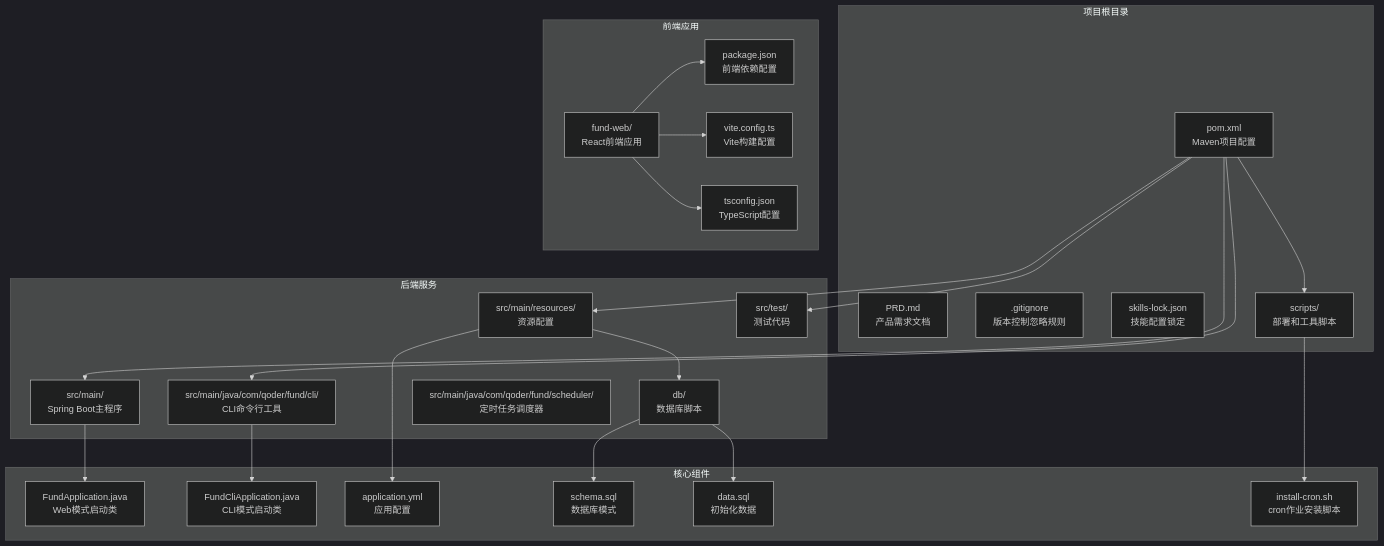
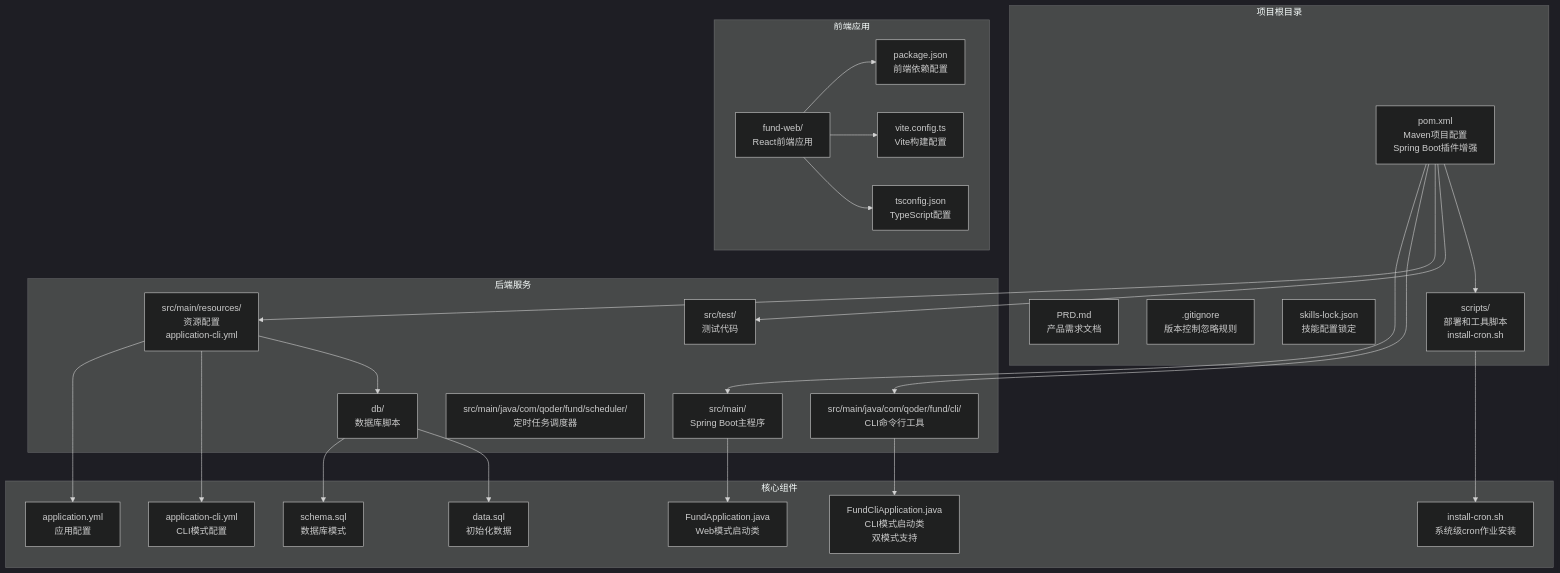
Before and after one commit to gree-coder/fund-butler: the first of 8 diagrams in .qoder/repowiki/zh/content/部署指南.md, drawn with Mermaid (dark theme). The commit also changed other lines of this file and 51 other files, not shown here.

````diff
--- a/.qoder/repowiki/zh/content/部署指南.md
+++ b/.qoder/repowiki/zh/content/部署指南.md
@@ -63,47 +64,49 @@
 ```mermaid
 graph TB
 subgraph "项目根目录"
-Root[pom.xml<br/>Maven项目配置]
+Root[pom.xml<br/>Maven项目配置<br/>Spring Boot插件增强]
 PRD[PRD.md<br/>产品需求文档]
 Git[.gitignore<br/>版本控制忽略规则]
 SkillsLock[skills-lock.json<br/>技能配置锁定]
-Scripts[scripts/<br/>部署和工具脚本]
+Scripts[scripts/<br/>部署和工具脚本<br/>install-cron.sh]
 end
 subgraph "后端服务"
 Main[src/main/<br/>Spring Boot主程序]
 CLI[src/main/java/com/qoder/fund/cli/<br/>CLI命令行工具]
-Resources[src/main/resources/<br/>资源配置]
+Resources[src/main/resources/<br/>资源配置<br/>application-cli.yml]
 DB[db/<br/>数据库脚本]
 Test[src/test/<br/>测试代码]
 Scheduler[src/main/java/com/qoder/fund/scheduler/<br/>定时任务调度器]
 end
 subgraph "前端应用"
 Web[fund-web/<br/>React前端应用]
 Package[package.json<br/>前端依赖配置]
 Vite[vite.config.ts<br/>Vite构建配置]
 TS[tsconfig.json<br/>TypeScript配置]
 end
 subgraph "核心组件"
 App[FundApplication.java<br/>Web模式启动类]
-CliApp[FundCliApplication.java<br/>CLI模式启动类]
+CliApp[FundCliApplication.java<br/>CLI模式启动类<br/>双模式支持]
 Config[application.yml<br/>应用配置]
+CliConfig[application-cli.yml<br/>CLI模式配置]
 Schema[schema.sql<br/>数据库模式]
 Data[data.sql<br/>初始化数据]
-Cron[install-cron.sh<br/>cron作业安装脚本]
+Cron[install-cron.sh<br/>系统级cron作业安装]
 end
 Root --> Main
 Root --> CLI
 Root --> Resources
 Root --> Test
 Root --> Scripts
 Main --> App
 CLI --> CliApp
 Resources --> Config
+Resources --> CliConfig
 Resources --> DB
 DB --> Schema
 DB --> Data
 Web --> Package
 Web --> Vite
 Web --> TS
 Scripts --> Cron
 ```
````
